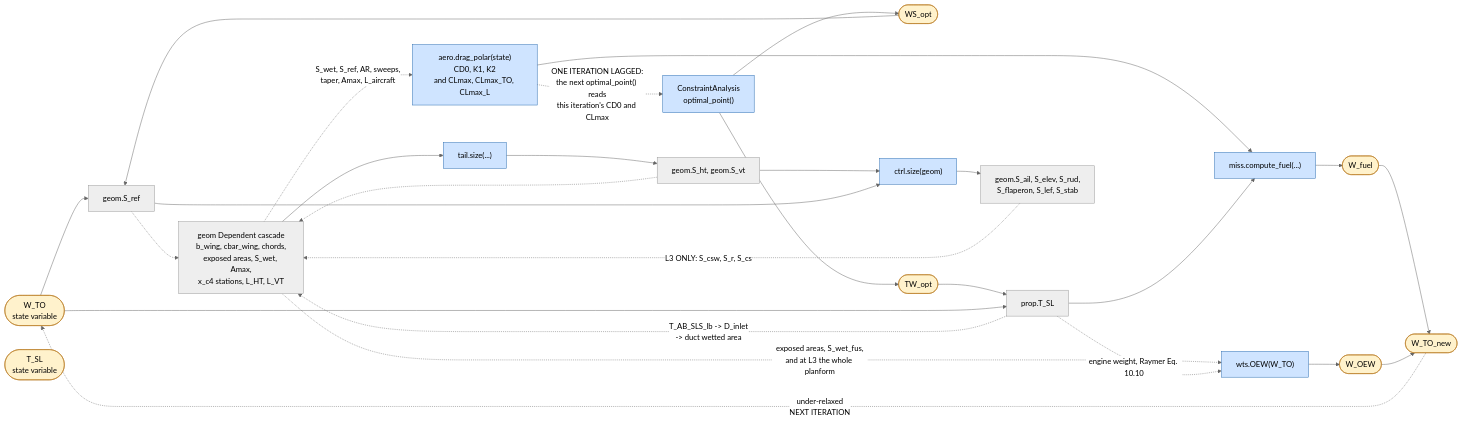
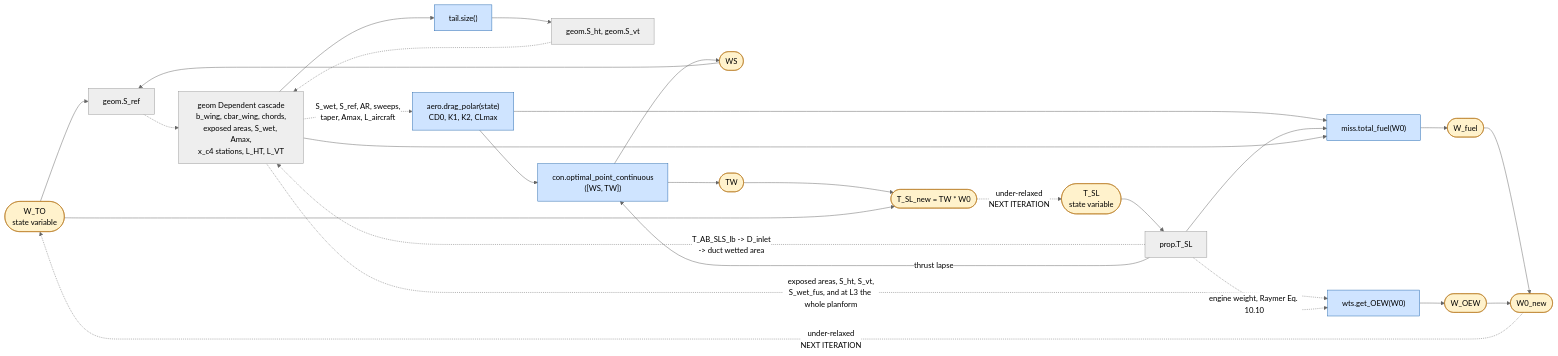
Before and after one commit to Idopt-Lab/air-vehicle-design: the fifth of 12 diagrams in air_vehicle_design/sizing/docs/Mermaid_Diagrams/sizing_loop_dependency_diagrams.md, drawn with Mermaid (neutral theme). The commit also changed other lines of this file, not shown here.

First line of the commit message:
docs: rewrite the stale sizing-loop dependency diagrams

````diff
--- a/air_vehicle_design/sizing/docs/Mermaid_Diagrams/sizing_loop_dependency_diagrams.md
+++ b/air_vehicle_design/sizing/docs/Mermaid_Diagrams/sizing_loop_dependency_diagrams.md
@@ -310,64 +310,62 @@
 ```mermaid
 flowchart LR
     WTO(["W_TO<br/>state variable"])
     TSL(["T_SL<br/>state variable"])
 
-    CON["ConstraintAnalysis<br/>optimal_point()"]
-    WSOPT(["WS_opt"])
-    TWOPT(["TW_opt"])
+    SREF["geom.S_ref"]
+    TAILS["tail.size()"]
+    SHT["geom.S_ht, geom.S_vt"]
+    PTSL["prop.T_SL"]
 
-    SREF["geom.S_ref"]
-    PTSL["prop.T_SL"]
+    CON["con.optimal_point_continuous<br/>([WS, TW])"]
+    WSOPT(["WS"])
+    TWOPT(["TW"])
 
     GEOMD["geom Dependent cascade<br/>b_wing, cbar_wing, chords,<br/>exposed areas, S_wet, Amax,<br/>x_c4 stations, L_HT, L_VT"]
 
-    TAILS["tail.size(...)"]
-    SHT["geom.S_ht, geom.S_vt"]
-    CTRLS["ctrl.size(geom)"]
-    CS["geom.S_ail, S_elev, S_rud,<br/>S_flaperon, S_lef, S_stab"]
-
-    AERO["aero.drag_polar(state)<br/>CD0, K1, K2<br/>and CLmax, CLmax_TO, CLmax_L"]
-    MISS["miss.compute_fuel(...)"]
-    WTS["wts.OEW(W_TO)"]
+    AERO["aero.drag_polar(state)<br/>CD0, K1, K2, CLmax"]
+    MISS["miss.total_fuel(W0)"]
+    WTS["wts.get_OEW(W0)"]
 
     WFUEL(["W_fuel"])
     WOEW(["W_OEW"])
-    NEW(["W_TO_new"])
+    NEW(["W0_new"])
+    TNEW(["T_SL_new = TW * W0"])
 
-    CON --> WSOPT
-    CON --> TWOPT
+    WTO --> SREF
     WSOPT --> SREF
-    WTO --> SREF
-    TWOPT --> PTSL
-    WTO --> PTSL
-
     SREF -.-> GEOMD
-    PTSL -.->|"T_AB_SLS_lb -> D_inlet<br/>-> duct wetted area"| GEOMD
-    GEOMD -.->|"S_wet, S_ref, AR, sweeps,<br/>taper, Amax, L_aircraft"| AERO
-
     GEOMD --> TAILS
     TAILS --> SHT
     SHT -.-> GEOMD
-    SHT --> CTRLS
-    SREF --> CTRLS
-    CTRLS --> CS
-    CS -.->|"L3 ONLY: S_csw, S_r, S_cs"| GEOMD
+
+    TSL --> PTSL
+    PTSL -.->|"T_AB_SLS_lb -> D_inlet<br/>-> duct wetted area"| GEOMD
+
+    GEOMD -.->|"S_wet, S_ref, AR, sweeps,<br/>taper, Amax, L_aircraft"| AERO
+    AERO --> CON
+    PTSL -->|"thrust lapse"| CON
+    CON --> WSOPT
+    CON --> TWOPT
+    TWOPT --> TNEW
+    WTO --> TNEW
 
     AERO --> MISS
     PTSL --> MISS
+    GEOMD --> MISS
     MISS --> WFUEL
-    GEOMD -.->|"exposed areas, S_wet_fus,<br/>and at L3 the whole planform"| WTS
+
+    GEOMD -.->|"exposed areas, S_ht, S_vt,<br/>S_wet_fus, and at L3 the whole planform"| WTS
     PTSL -.->|"engine weight, Raymer Eq. 10.10"| WTS
     WTS --> WOEW
 
     WFUEL --> NEW
     WOEW --> NEW
     NEW -.->|"under-relaxed<br/>NEXT ITERATION"| WTO
-
-    AERO -.->|"ONE ITERATION LAGGED:<br/>the next optimal_point() reads<br/>this iteration's CD0 and CLmax"| CON
+    TNEW -.->|"under-relaxed<br/>NEXT ITERATION"| TSL
 
     classDef orch fill:#cfe4ff,stroke:#2b6cb0,color:#000
     classDef state fill:#fff2cc,stroke:#b7791f,color:#000
-    class CON,MISS,WTS,AERO,TAILS,CTRLS orch
-    class WTO,TSL,WSOPT,TWOPT,WFUEL,WOEW,NEW state
+    class CON,MISS,WTS,AERO,TAILS orch
+    class WTO,TSL,WSOPT,TWOPT,WFUEL,WOEW,NEW,TNEW state
 ```
````
